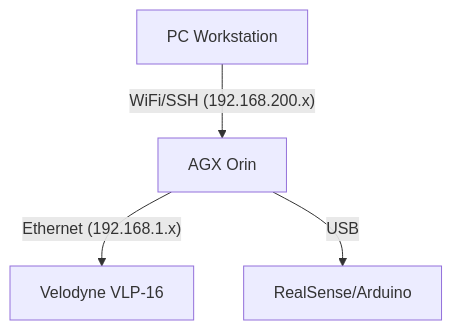
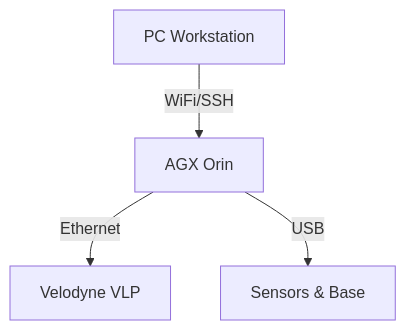
The diagram in README.md (chenbenlu/agx), drawn with Mermaid before and after one commit. The commit also changed other lines of this file, not shown here.

````diff
--- a/README.md
+++ b/README.md
@@ -22,6 +21,6 @@
 ```mermaid
 graph TD
-    PC[PC Workstation] -- WiFi/SSH (192.168.200.x) --> AGX[AGX Orin]
-    AGX -- Ethernet (192.168.1.x) --> LiDAR[Velodyne VLP-16]
-    AGX -- USB --> Sensors[RealSense/Arduino]
+    PC[PC Workstation] -- WiFi/SSH --> AGX[AGX Orin]
+    AGX -- Ethernet --> LiDAR[Velodyne VLP]
+    AGX -- USB --> Sensors[Sensors & Base]
 ```
````
